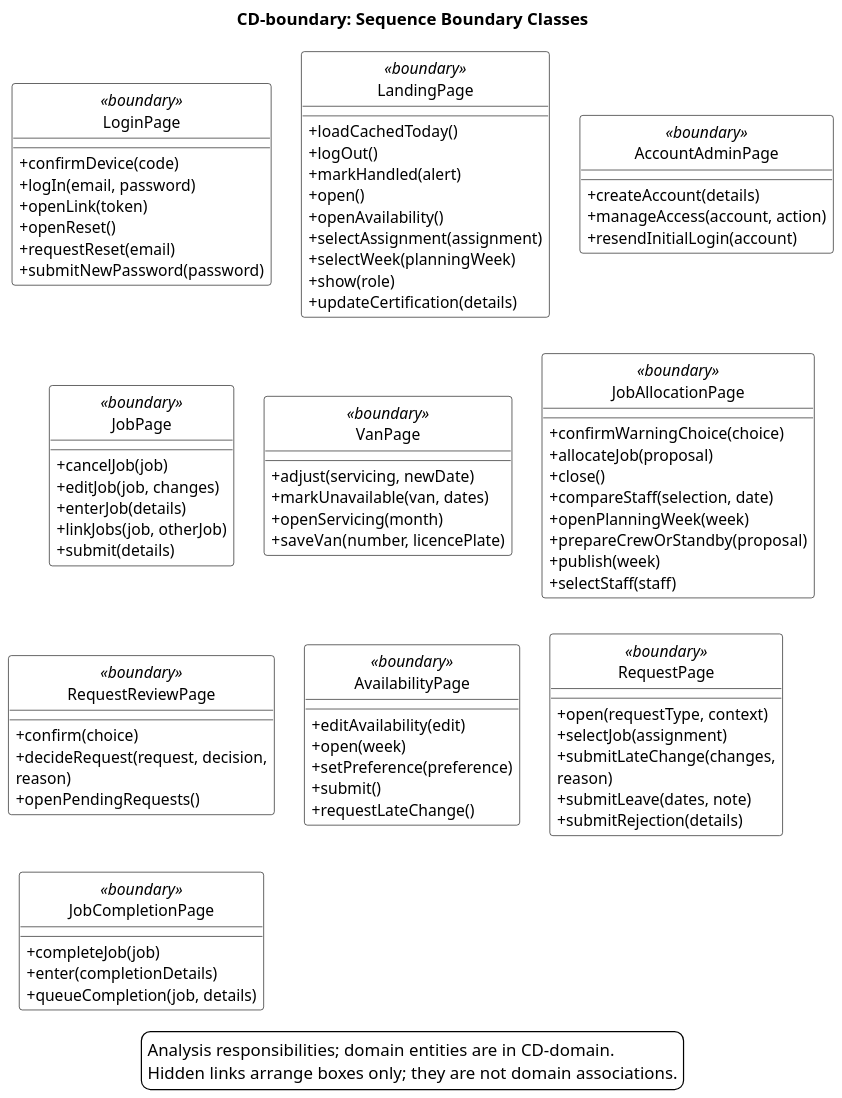
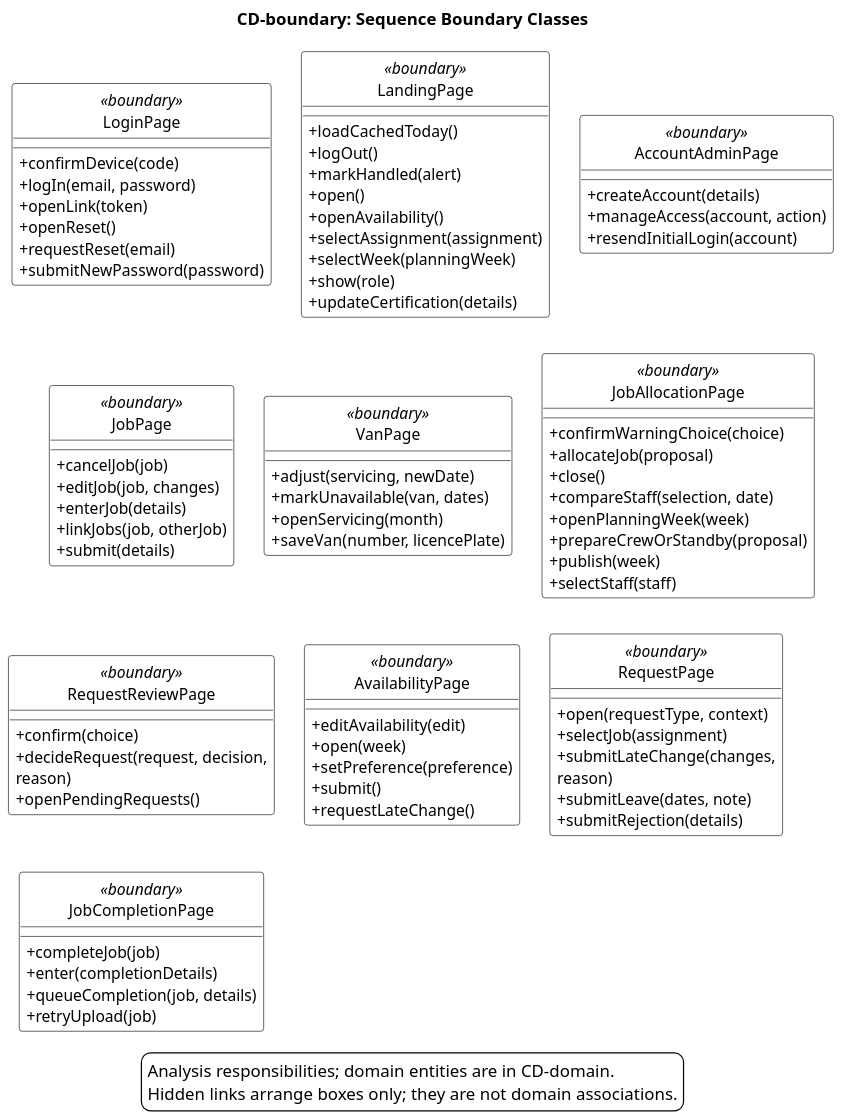
One commit to ZadeNova/inf2001-SE changed the diagram in diagrams/CD-boundary.puml. Above: the diagram before and after it, drawn with PlantUML. The commit also changed 23 other files, not shown here.

```diff
--- a/diagrams/CD-boundary.puml
+++ b/diagrams/CD-boundary.puml
@@ -1,104 +1,106 @@
 @startuml CD-boundary
 skinparam backgroundColor white
 skinparam shadowing false
 skinparam defaultFontName Arial
 skinparam defaultFontSize 13
 skinparam dpi 150
 skinparam classAttributeIconSize 0
 skinparam classBackgroundColor white
 skinparam classBorderColor black
 skinparam packageBackgroundColor white
 skinparam linetype ortho
 skinparam nodesep 25
 skinparam ranksep 30
 skinparam wrapWidth 210
 hide circle
 title CD-boundary: Sequence Boundary Classes
+' Current questionnaire refinements: DEC-69; UC-12/14/15.
 ' Traces: UC-01 to UC-15; CL IDs in traceability.md.
 ' Round-2 sources: DEC-58, DEC-59, DEC-60, DEC-63.
 ' Sources: DEC-53, DEC-55, DEC-56, DEC-57; adopted sequence-diagram review.
 class LoginPage <<boundary>> {
  +confirmDevice(code)
  +logIn(email, password)
  +openLink(token)
  +openReset()
  +requestReset(email)
  +submitNewPassword(password)
 }
 class LandingPage <<boundary>> {
  +loadCachedToday()
  +logOut()
  +markHandled(alert)
  +open()
  +openAvailability()
  +selectAssignment(assignment)
  +selectWeek(planningWeek)
  +show(role)
  +updateCertification(details)
 }
 class AccountAdminPage <<boundary>> {
  +createAccount(details)
  +manageAccess(account, action)
  +resendInitialLogin(account)
 }
 class JobPage <<boundary>> {
  +cancelJob(job)
  +editJob(job, changes)
  +enterJob(details)
  +linkJobs(job, otherJob)
  +submit(details)
 }
 class VanPage <<boundary>> {
  +adjust(servicing, newDate)
  +markUnavailable(van, dates)
  +openServicing(month)
  +saveVan(number, licencePlate)
 }
 class JobAllocationPage <<boundary>> {
  +confirmWarningChoice(choice)
  +allocateJob(proposal)
  +close()
  +compareStaff(selection, date)
  +openPlanningWeek(week)
  +prepareCrewOrStandby(proposal)
  +publish(week)
  +selectStaff(staff)
 }
 class RequestReviewPage <<boundary>> {
  +confirm(choice)
  +decideRequest(request, decision, reason)
  +openPendingRequests()
 }
 class AvailabilityPage <<boundary>> {
  +editAvailability(edit)
  +open(week)
  +setPreference(preference)
  +submit()
  +requestLateChange()
 }
 class RequestPage <<boundary>> {
  +open(requestType, context)
  +selectJob(assignment)
  +submitLateChange(changes, reason)
  +submitLeave(dates, note)
  +submitRejection(details)
 }
 class JobCompletionPage <<boundary>> {
  +completeJob(job)
  +enter(completionDetails)
  +queueCompletion(job, details)
+ +retryUpload(job)
 }
 LoginPage -[hidden]right-> LandingPage
 LandingPage -[hidden]right-> AccountAdminPage
 LoginPage -[hidden]down-> JobPage
 JobPage -[hidden]right-> VanPage
 VanPage -[hidden]right-> JobAllocationPage
 JobPage -[hidden]down-> RequestReviewPage
 RequestReviewPage -[hidden]right-> AvailabilityPage
 AvailabilityPage -[hidden]right-> RequestPage
 RequestReviewPage -[hidden]down-> JobCompletionPage
 legend bottom
 Analysis responsibilities; domain entities are in CD-domain.
 Hidden links arrange boxes only; they are not domain associations.
 endlegend
 @enduml
```
